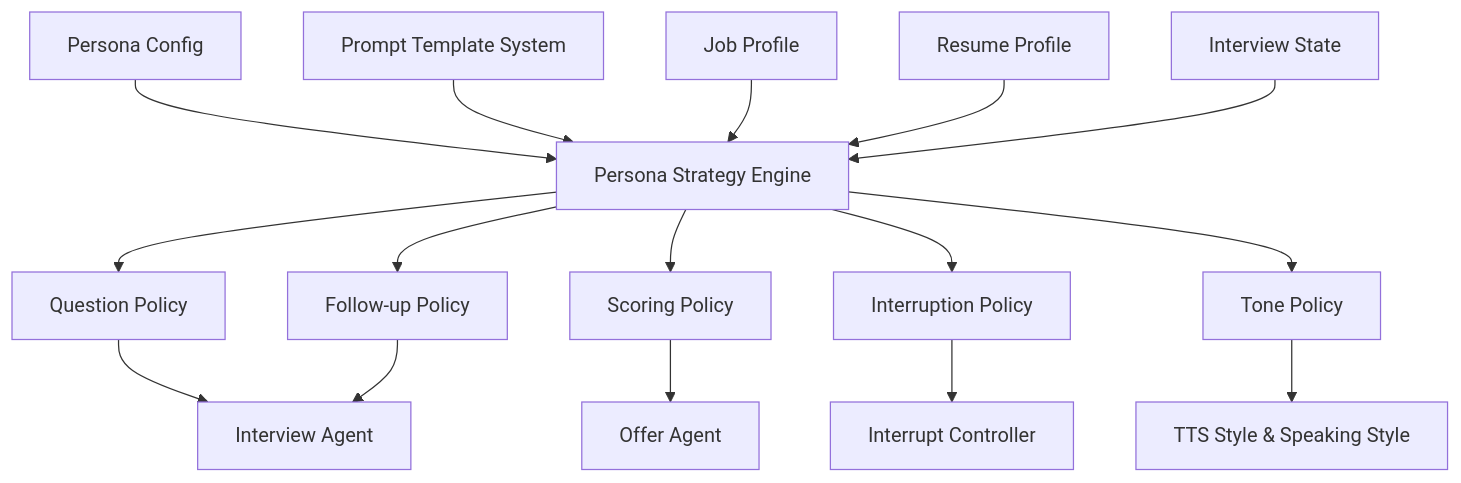
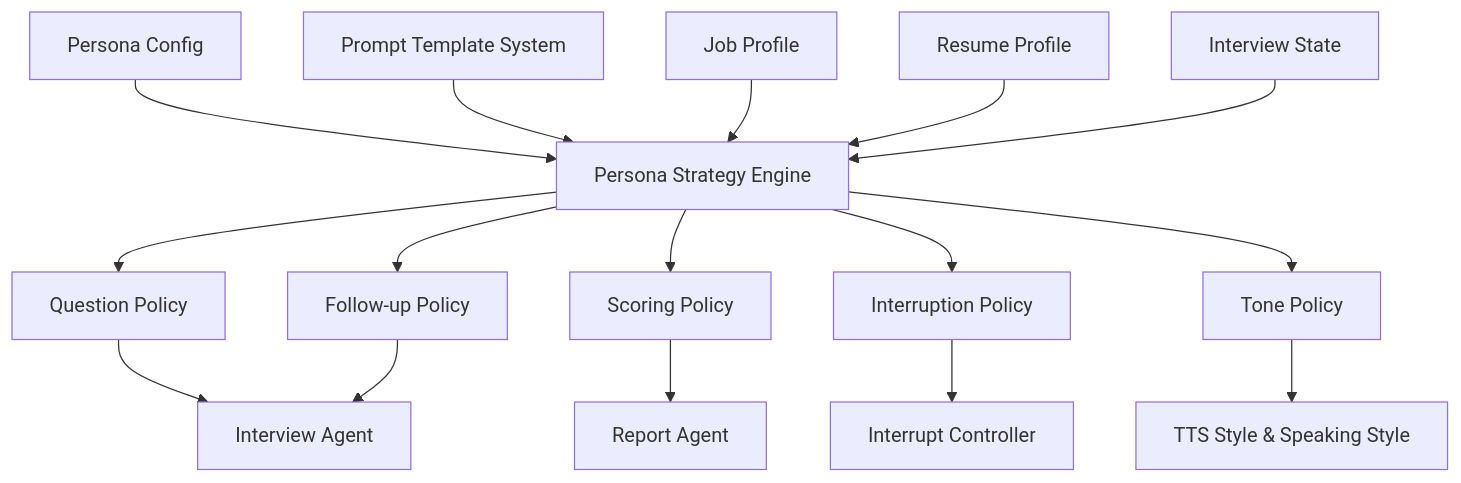
Before and after one commit to rockcj/qibiuyun: the fourth of 9 diagrams in OfferGPT技术架构设计文档.md, drawn with Mermaid. The commit also changed other lines of this file, not shown here.

````diff
--- a/OfferGPT技术架构设计文档.md
+++ b/OfferGPT技术架构设计文档.md
@@ -548,20 +617,20 @@
 ```mermaid
 flowchart TB
     PersonaConfig[Persona Config] --> PersonaStrategyEngine[Persona Strategy Engine]
     PromptTemplates[Prompt Template System] --> PersonaStrategyEngine
     JobProfile[Job Profile] --> PersonaStrategyEngine
     ResumeProfile[Resume Profile] --> PersonaStrategyEngine
     InterviewState[Interview State] --> PersonaStrategyEngine
 
     PersonaStrategyEngine --> QuestionPolicy[Question Policy]
     PersonaStrategyEngine --> FollowUpPolicy[Follow-up Policy]
     PersonaStrategyEngine --> ScoringPolicy[Scoring Policy]
     PersonaStrategyEngine --> InterruptionPolicy[Interruption Policy]
     PersonaStrategyEngine --> TonePolicy[Tone Policy]
 
     QuestionPolicy --> InterviewAgent[Interview Agent]
     FollowUpPolicy --> InterviewAgent
-    ScoringPolicy --> OfferAgent[Offer Agent]
+    ScoringPolicy --> ReportAgent[Report Agent]
     InterruptionPolicy --> RealtimeService[Interrupt Controller]
     TonePolicy --> TTSStyle[TTS Style & Speaking Style]
 ```
````
